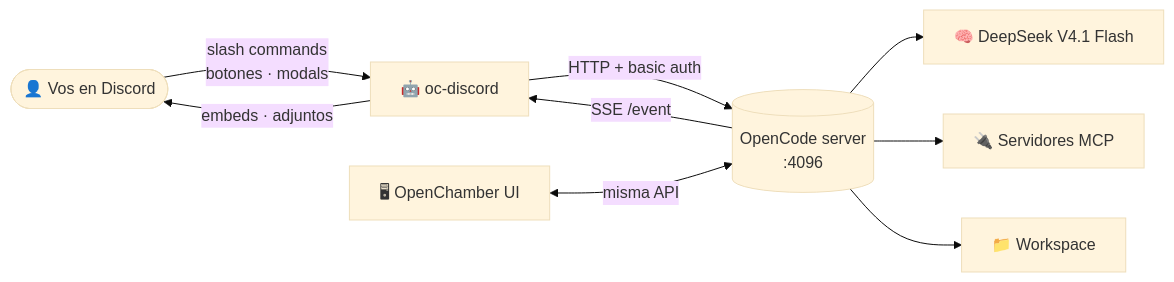
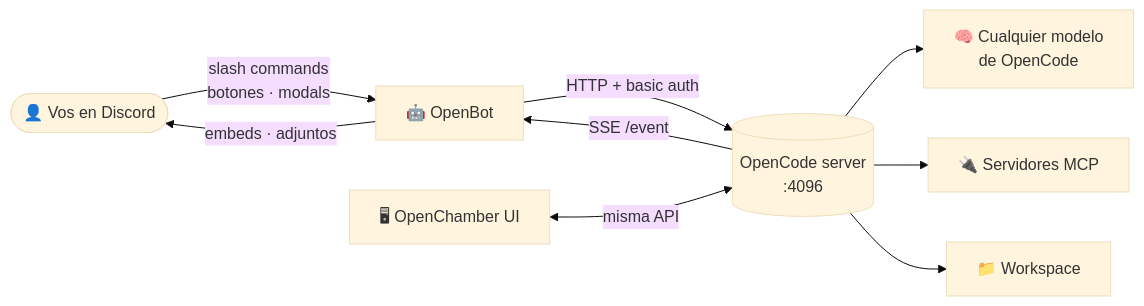
The first of 5 diagrams in README.md (GiannBott/OpenBot), drawn with Mermaid (base theme) before and after one commit. The commit also changed other lines of this file and 4511 other files, not shown here.

````diff
--- a/README.md
+++ b/README.md
@@ -39,11 +39,11 @@
 ```mermaid
 flowchart LR
-    U([👤 Vos en Discord]) -->|slash commands<br/>botones · modals| B[🤖 oc-discord]
+    U([👤 Vos en Discord]) -->|slash commands<br/>botones · modals| B[🤖 OpenBot]
     B -->|HTTP + basic auth| S[(OpenCode server<br/>:4096)]
     S -->|SSE /event| B
     OC[🖥 OpenChamber UI] <-->|misma API| S
-    S --> M[🧠 DeepSeek V4.1 Flash]
+    S --> M[🧠 Cualquier modelo<br/>de OpenCode]
     S --> MCP[🔌 Servidores MCP]
     S --> W[📁 Workspace]
     B -->|embeds · adjuntos| U
 ```
````
